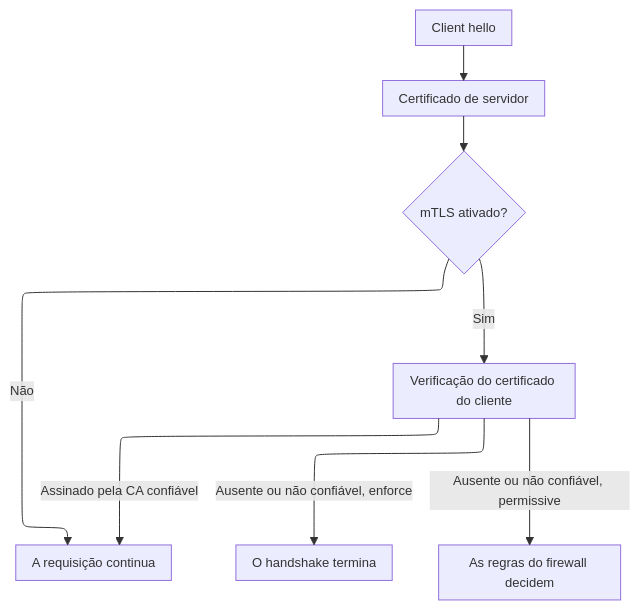
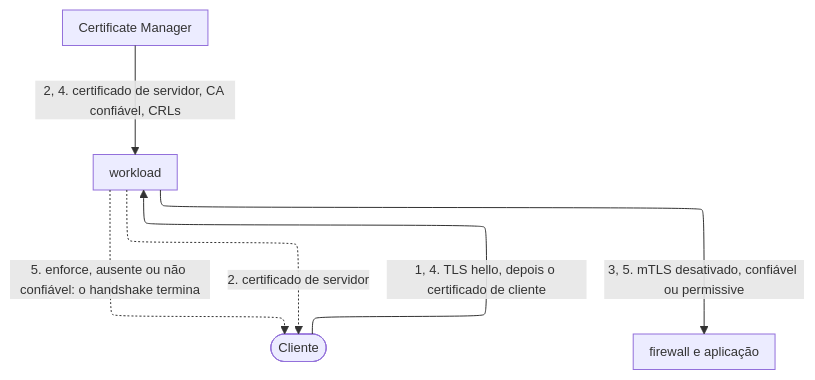
Before and after one commit to aziontech/docs: the third of 5 diagrams in apps/docs/src/content/docs/pt-br/pages/secure/workloads/como-funciona.mdx, drawn with Mermaid. The commit also changed other lines of this file and 7 other files, not shown here.

````diff
--- a/apps/docs/src/content/docs/pt-br/pages/secure/workloads/como-funciona.mdx
+++ b/apps/docs/src/content/docs/pt-br/pages/secure/workloads/como-funciona.mdx
@@ -158,11 +200,13 @@
 ```mermaid
-%%{init: {"layout": "elk", "themeVariables": {"fontSize": "13px"}, "flowchart": {"nodeSpacing": 24, "rankSpacing": 36, "padding": 8, "wrappingWidth": 150, "useMaxWidth": true}, "sequence": {"width": 120, "actorMargin": 30, "useMaxWidth": true}}}%%
+%%{init: {"layout": "elk", "elk": {"cycleBreakingStrategy": "MODEL_ORDER"}, "themeVariables": {"fontSize": "13px"}, "flowchart": {"nodeSpacing": 24, "rankSpacing": 36, "padding": 8, "wrappingWidth": 150, "useMaxWidth": true}, "sequence": {"width": 120, "actorMargin": 30, "useMaxWidth": true}}}%%
 flowchart TD
-  Hello["Client hello"] --> Server["Certificado de servidor"]
-  Server --> Mtls{"mTLS ativado?"}
-  Mtls -->|"Não"| Pass["A requisição continua"]
-  Mtls -->|"Sim"| Check["Verificação do certificado do cliente"]
-  Check -->|"Assinado pela CA confiável"| Pass
-  Check -->|"Ausente ou não confiável, enforce"| End["O handshake termina"]
-  Check -->|"Ausente ou não confiável, permissive"| Rules["As regras do firewall decidem"]
+  Client(["Cliente"])
+  WL["workload"]
+  CM["Certificate Manager"]
+  FW["firewall e aplicação"]
+  Client -->|"1, 4. TLS hello, depois o certificado de cliente"| WL
+  CM -->|"2, 4. certificado de servidor, CA confiável, CRLs"| WL
+  WL -.->|"2. certificado de servidor"| Client
+  WL -.->|"5. enforce, ausente ou não confiável: o handshake termina"| Client
+  WL -->|"3, 5. mTLS desativado, confiável ou permissive"| FW
 ```
````
